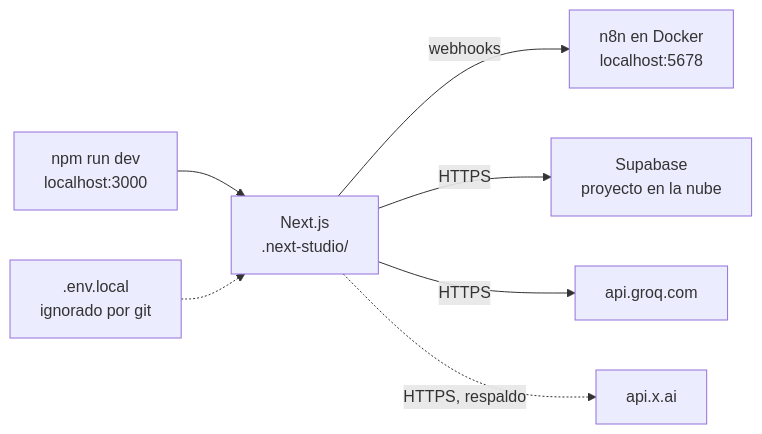
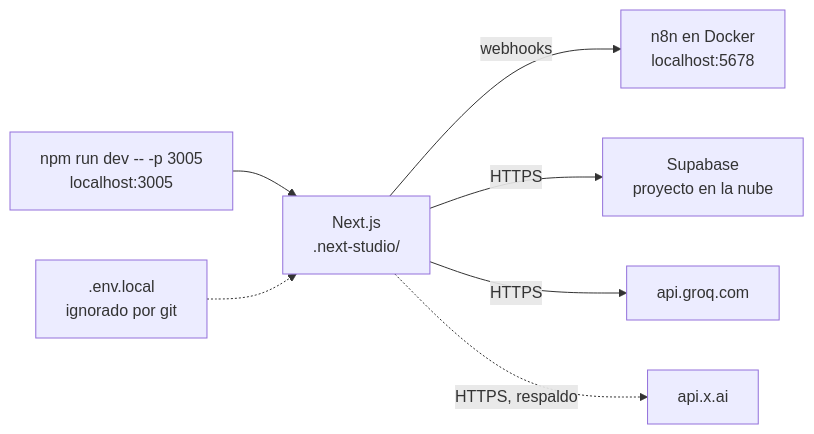
The third of 14 diagrams in README.md (JeffersonVargasH/proj-automatizacion), drawn with Mermaid before and after one commit. The commit also changed other lines of this file and 20 other files, not shown here.

````diff
--- a/README.md
+++ b/README.md
@@ -299,9 +318,9 @@
 ```mermaid
 flowchart LR
-  dev["npm run dev<br/>localhost:3000"] --> app["Next.js<br/>.next-studio/"]
+  dev["npm run dev -- -p 3005<br/>localhost:3005"] --> app["Next.js<br/>.next-studio/"]
   env[".env.local<br/>ignorado por git"] -.-> app
   app -->|"webhooks"| dock["n8n en Docker<br/>localhost:5678"]
   app -->|"HTTPS"| sb["Supabase<br/>proyecto en la nube"]
   app -->|"HTTPS"| groq["api.groq.com"]
   app -.->|"HTTPS, respaldo"| xai["api.x.ai"]
 ```
````
